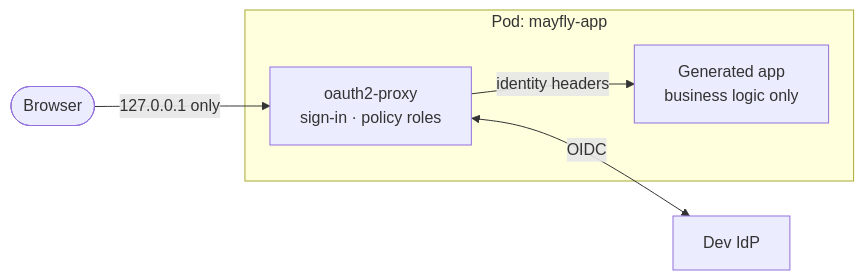
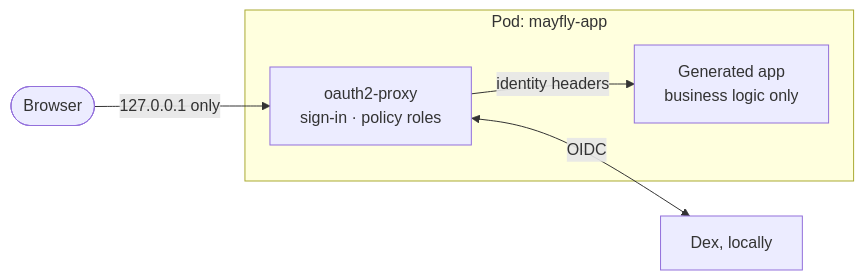
The second of 2 diagrams in README.md (JGalego/mayfly), drawn with Mermaid before and after one commit. The commit also changed other lines of this file, not shown here.

Commit message:
docs: record Podman 5, Dex, hand-off and egress decisions

````diff
--- a/README.md
+++ b/README.md
@@ -65,8 +65,8 @@
 ```mermaid
 flowchart LR
   browser(["Browser"]) -->|"127.0.0.1 only"| proxy
   subgraph pod["Pod: mayfly-app"]
     proxy["oauth2-proxy<br/>sign-in · policy roles"] -->|"identity headers"| app["Generated app<br/>business logic only"]
   end
-  proxy <-->|"OIDC"| idp["Dev IdP"]
+  proxy <-->|"OIDC"| idp["Dex, locally"]
 ```
````
